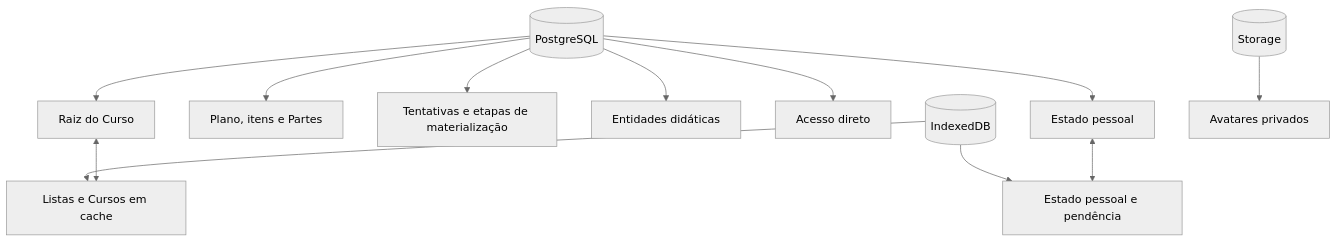
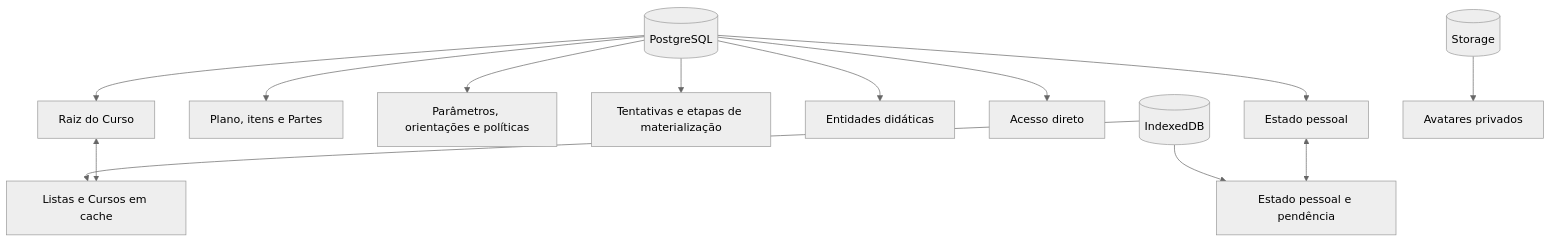
Before and after one commit to fabio-ara/AraLearn: the diagram in docs/persistencia-relacional.md, drawn with Mermaid (neutral theme). The commit also changed other lines of this file and 73 other files, not shown here.

````diff
--- a/docs/persistencia-relacional.md
+++ b/docs/persistencia-relacional.md
@@ -30,14 +31,15 @@
 ```mermaid
 flowchart TD
     PG[(PostgreSQL)] --> C[Raiz do Curso]
     PG --> PL[Plano, itens e Partes]
+    PG --> D[Parâmetros, orientações e políticas]
     PG --> MT[Tentativas e etapas de materialização]
     PG --> E[Entidades didáticas]
     PG --> A[Acesso direto]
     PG --> P[Estado pessoal]
     IDB[(IndexedDB)] --> L[Listas e Cursos em cache]
     IDB --> Q[Estado pessoal e pendência]
     ST[(Storage)] --> AV[Avatares privados]
     C <--> L
     P <--> Q
 ```
````
